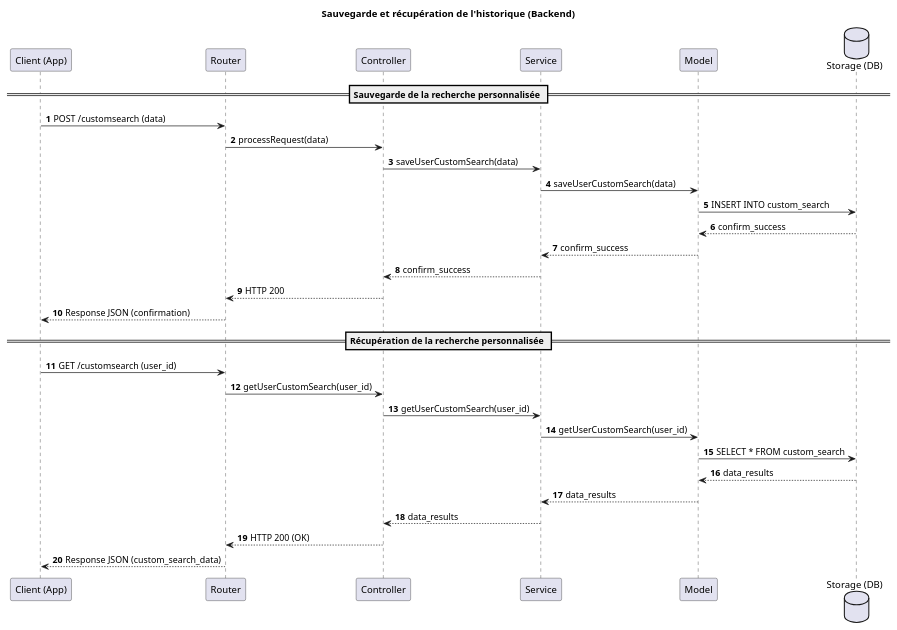
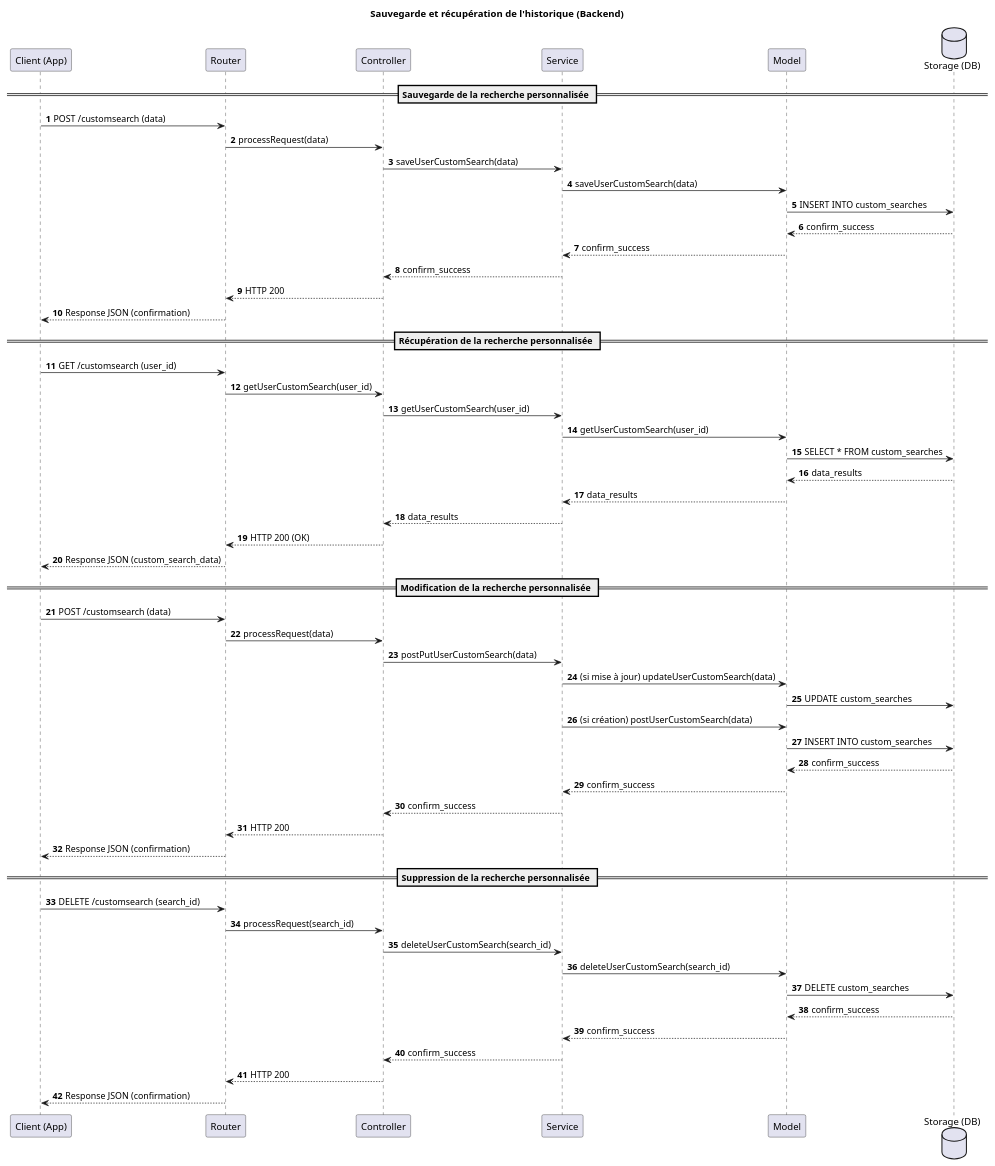
One commit to TPI2026-NewsGenerator/NewsGenerator-Backend changed the diagram in docs/UML/search-history-diagram.puml. Above: the diagram before and after it, drawn with PlantUML.

Commit message:
chore: update sequence diagram

```diff
--- a/docs/UML/search-history-diagram.puml
+++ b/docs/UML/search-history-diagram.puml
@@ -1,36 +1,62 @@
 @startuml
 title Sauvegarde et récupération de l'historique (Backend)
 autonumber
 
 participant "Client (App)" as Client
 participant "Router" as Router
 participant "Controller" as Controller
 participant "Service" as Service
 participant "Model" as Model
 database "Storage (DB)" as Storage
 
 == Sauvegarde de la recherche personnalisée ==
 Client -> Router : POST /customsearch (data)
 Router -> Controller : processRequest(data)
 Controller -> Service : saveUserCustomSearch(data)
 Service -> Model : saveUserCustomSearch(data)
-Model -> Storage : INSERT INTO custom_search
+Model -> Storage : INSERT INTO custom_searches
 Storage --> Model : confirm_success
 Model --> Service : confirm_success
 Service --> Controller : confirm_success
 Controller --> Router : HTTP 200
 Router --> Client : Response JSON (confirmation)
 
 == Récupération de la recherche personnalisée ==
 Client -> Router : GET /customsearch (user_id)
 Router -> Controller : getUserCustomSearch(user_id)
 Controller -> Service : getUserCustomSearch(user_id)
 Service -> Model : getUserCustomSearch(user_id)
-Model -> Storage : SELECT * FROM custom_search
+Model -> Storage : SELECT * FROM custom_searches
 Storage --> Model : data_results
 Model --> Service : data_results
 Service --> Controller : data_results
 Controller --> Router : HTTP 200 (OK)
 Router --> Client : Response JSON (custom_search_data)
 
+== Modification de la recherche personnalisée ==
+Client -> Router : POST /customsearch (data)
+Router -> Controller : processRequest(data)
+Controller -> Service : postPutUserCustomSearch(data)
+Service -> Model : (si mise à jour) updateUserCustomSearch(data)
+Model -> Storage : UPDATE custom_searches
+Service -> Model : (si création) postUserCustomSearch(data)
+Model -> Storage : INSERT INTO custom_searches
+Storage --> Model : confirm_success
+Model --> Service : confirm_success
+Service --> Controller : confirm_success
+Controller --> Router : HTTP 200
+Router --> Client : Response JSON (confirmation)
+
+== Suppression de la recherche personnalisée ==
+Client -> Router : DELETE /customsearch (search_id)
+Router -> Controller : processRequest(search_id)
+Controller -> Service : deleteUserCustomSearch(search_id)
+Service -> Model : deleteUserCustomSearch(search_id)
+Model -> Storage : DELETE custom_searches
+Storage --> Model : confirm_success
+Model --> Service : confirm_success
+Service --> Controller : confirm_success
+Controller --> Router : HTTP 200
+Router --> Client : Response JSON (confirmation)
+
 @enduml
```
